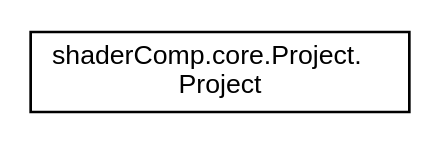
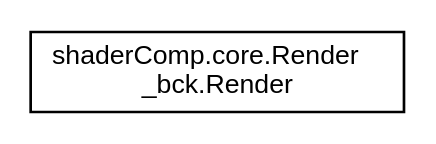
The diagram in Tutorial/documentation/inherit_graph_7.dot (Hiestaa/ShaderComp), drawn with Graphviz before and after one commit. The commit also changed 369 other files, not shown here.

```diff
--- a/Tutorial/documentation/inherit_graph_7.dot
+++ b/Tutorial/documentation/inherit_graph_7.dot
@@ -1,7 +1,7 @@
 digraph "Graphical Class Hierarchy"
 {
   edge [fontname="Helvetica",fontsize="10",labelfontname="Helvetica",labelfontsize="10"];
   node [fontname="Helvetica",fontsize="10",shape=record];
   rankdir="LR";
-  Node1 [label="shaderComp.core.Project.\lProject",height=0.2,width=0.4,color="black", fillcolor="white", style="filled",URL="$classshader_comp_1_1core_1_1_project_1_1_project.html",tooltip="This class is the main entry point of the library. "];
+  Node1 [label="shaderComp.core.Render\l_bck.Render",height=0.2,width=0.4,color="black", fillcolor="white", style="filled",URL="$classshader_comp_1_1core_1_1_render__bck_1_1_render.html"];
 }
```
